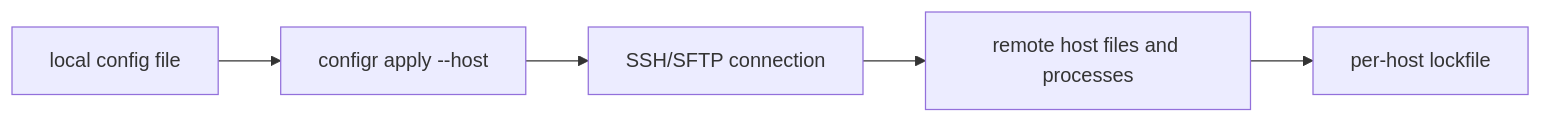
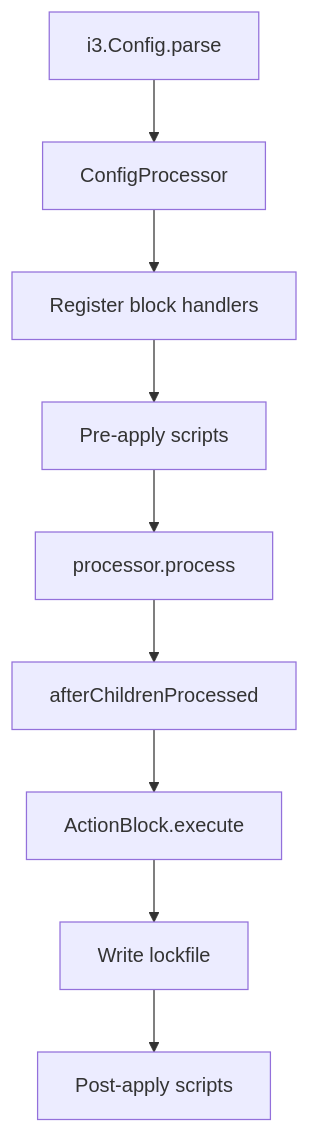
The second of 2 diagrams in docs/guides/architecture.md (kingwill101/configr), drawn with Mermaid before and after one commit. The commit also changed other lines of this file and 91 other files, not shown here.

Commit message:
feat(ssh,lua): restore remote Lua backend integration

````diff
--- a/docs/guides/architecture.md
+++ b/docs/guides/architecture.md
@@ -24,7 +98,11 @@
 ```mermaid
-flowchart LR
-    Config[local config file] --> CLI[configr apply --host]
-    CLI --> SSH[SSH/SFTP connection]
-    SSH --> Remote[remote host files and processes]
-    Remote --> Lockfile[per-host lockfile]
+flowchart TB
+    Parse[i3.Config.parse] --> Processor[ConfigProcessor]
+    Processor --> Register[Register block handlers]
+    Register --> Pre[Pre-apply scripts]
+    Pre --> Process[processor.process]
+    Process --> AfterChildren[afterChildrenProcessed]
+    AfterChildren --> Execute[ActionBlock.execute]
+    Execute --> Lock[Write lockfile]
+    Lock --> Post[Post-apply scripts]
 ```
````
